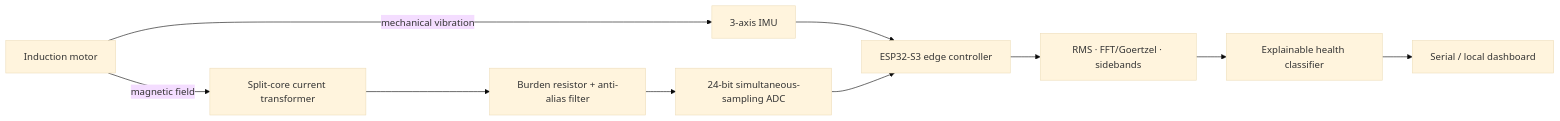
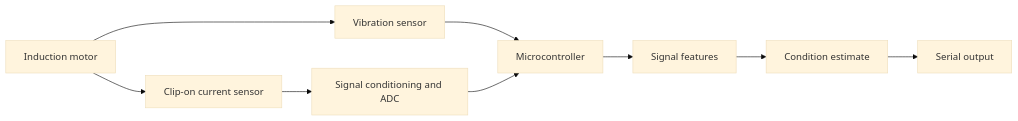
Before and after one commit to ahmedmuntasirarhman/inductisense: the diagram in README.md, drawn with Mermaid (base theme). The commit also changed other lines of this file, not shown here.

````diff
--- a/README.md
+++ b/README.md
@@ -29,12 +17,11 @@
 ```mermaid
-graph LR
-  M[Induction motor] -->|magnetic field| CT[Split-core current transformer]
-  M -->|mechanical vibration| IMU[3-axis IMU]
-  CT --> AFE[Burden resistor + anti-alias filter]
-  AFE --> ADC[24-bit simultaneous-sampling ADC]
-  IMU --> MCU[ESP32-S3 edge controller]
+flowchart LR
+  M[Induction motor] --> CT[Clip-on current sensor]
+  M --> IMU[Vibration sensor]
+  CT --> ADC[Signal conditioning and ADC]
+  IMU --> MCU[Microcontroller]
   ADC --> MCU
-  MCU --> DSP[RMS · FFT/Goertzel · sidebands]
-  DSP --> CLF[Explainable health classifier]
-  CLF --> UI[Serial / local dashboard]
+  MCU --> DSP[Signal features]
+  DSP --> C[Condition estimate]
+  C --> OUT[Serial output]
 ```
````
